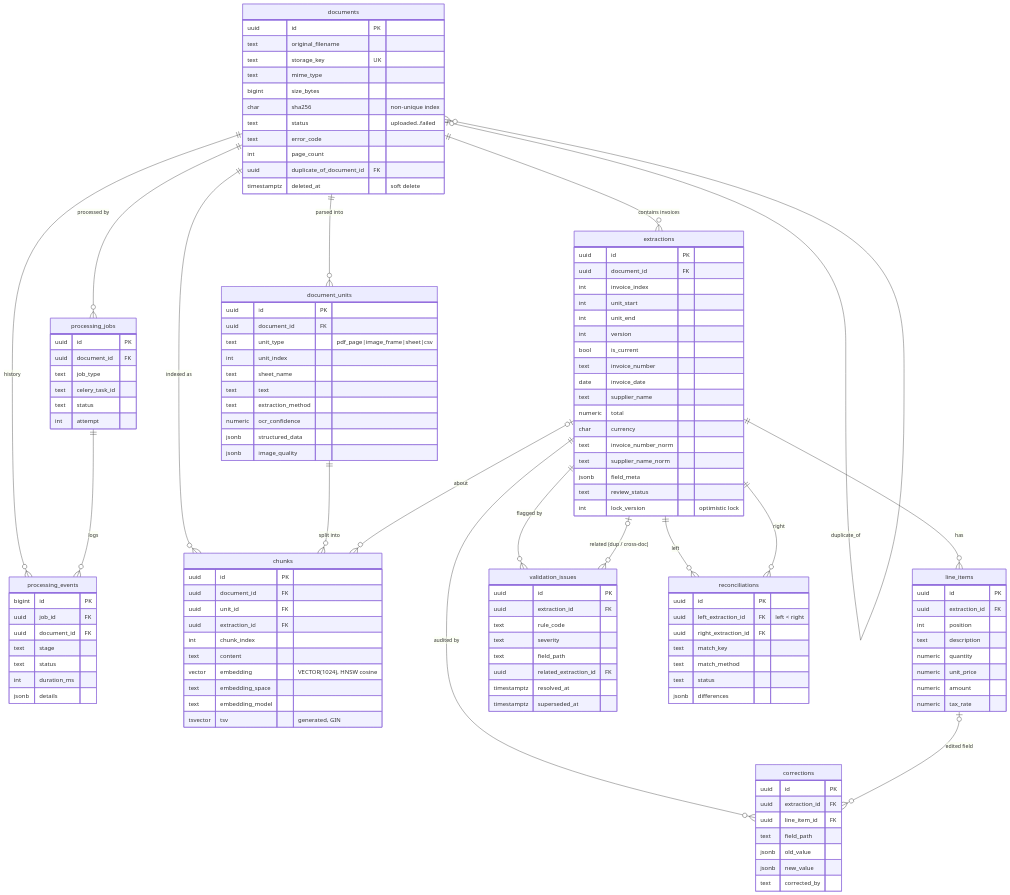
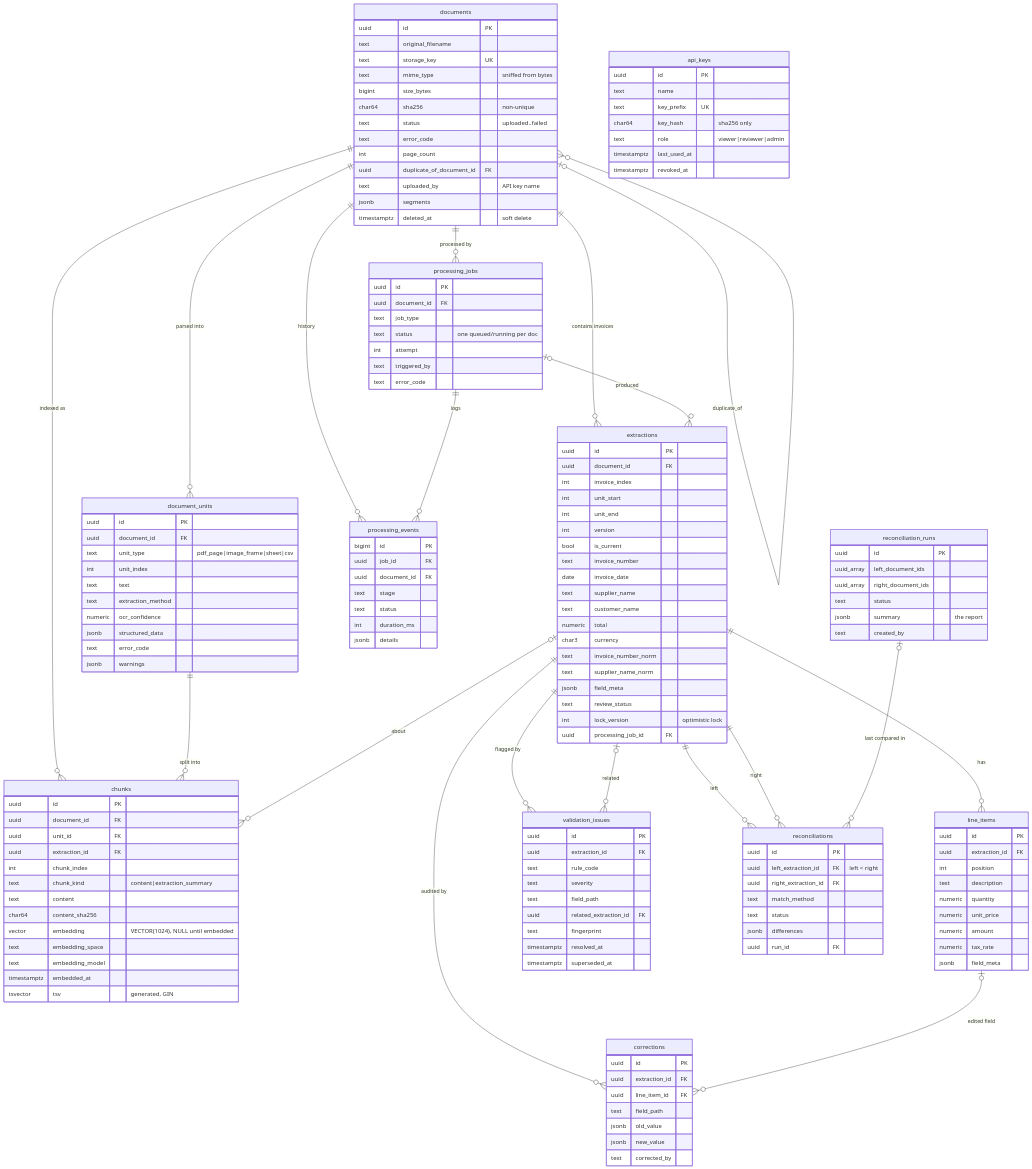
One commit to SharifNirjon/careguidetask changed the first of 3 diagrams in docs/database.md. Above: the diagram before and after it, drawn with Mermaid. The commit also changed other lines of this file and 63 other files, not shown here.

````diff
--- a/docs/database.md
+++ b/docs/database.md
@@ -35,27 +47,31 @@
     documents ||--o{ chunks : "indexed as"
     documents |o--o{ documents : "duplicate_of"
     processing_jobs ||--o{ processing_events : "logs"
+    processing_jobs |o--o{ extractions : "produced"
     document_units ||--o{ chunks : "split into"
     extractions ||--o{ line_items : "has"
     extractions ||--o{ validation_issues : "flagged by"
-    extractions |o--o{ validation_issues : "related (dup / cross-doc)"
+    extractions |o--o{ validation_issues : "related"
     extractions ||--o{ corrections : "audited by"
     line_items |o--o{ corrections : "edited field"
     extractions ||--o{ reconciliations : "left"
     extractions ||--o{ reconciliations : "right"
+    reconciliation_runs |o--o{ reconciliations : "last compared in"
     extractions |o--o{ chunks : "about"
 
     documents {
         uuid id PK
         text original_filename
         text storage_key UK
-        text mime_type
+        text mime_type "sniffed from bytes"
         bigint size_bytes
-        char sha256 "non-unique index"
+        char64 sha256 "non-unique"
         text status "uploaded..failed"
         text error_code
         int page_count
         uuid duplicate_of_document_id FK
+        text uploaded_by "API key name"
+        jsonb segments
         timestamptz deleted_at "soft delete"
     }
     document_units {
@@ -63,12 +79,12 @@
         uuid document_id FK
         text unit_type "pdf_page|image_frame|sheet|csv"
         int unit_index
-        text sheet_name
         text text
         text extraction_method
         numeric ocr_confidence
         jsonb structured_data
-        jsonb image_quality
+        text error_code
+        jsonb warnings
     }
     extractions {
         uuid id PK
@@ -81,13 +97,15 @@
         text invoice_number
         date invoice_date
         text supplier_name
+        text customer_name
         numeric total
-        char currency
+        char3 currency
         text invoice_number_norm
         text supplier_name_norm
         jsonb field_meta
         text review_status
         int lock_version "optimistic lock"
+        uuid processing_job_id FK
     }
     line_items {
         uuid id PK
@@ -98,6 +116,7 @@
         numeric unit_price
         numeric amount
         numeric tax_rate
+        jsonb field_meta
     }
     validation_issues {
         uuid id PK
@@ -106,6 +125,7 @@
         text severity
         text field_path
         uuid related_extraction_id FK
+        text fingerprint
         timestamptz resolved_at
         timestamptz superseded_at
     }
@@ -118,13 +138,31 @@
         jsonb new_value
         text corrected_by
     }
+    reconciliations {
+        uuid id PK
+        uuid left_extraction_id FK "left < right"
+        uuid right_extraction_id FK
+        text match_method
+        text status
+        jsonb differences
+        uuid run_id FK
+    }
+    reconciliation_runs {
+        uuid id PK
+        uuid_array left_document_ids
+        uuid_array right_document_ids
+        text status
+        jsonb summary "the report"
+        text created_by
+    }
     processing_jobs {
         uuid id PK
         uuid document_id FK
         text job_type
-        text celery_task_id
-        text status
+        text status "one queued/running per doc"
         int attempt
+        text triggered_by
+        text error_code
     }
     processing_events {
         bigint id PK
@@ -135,25 +173,28 @@
         int duration_ms
         jsonb details
     }
-    reconciliations {
-        uuid id PK
-        uuid left_extraction_id FK "left < right"
-        uuid right_extraction_id FK
-        text match_key
-        text match_method
-        text status
-        jsonb differences
-    }
     chunks {
         uuid id PK
         uuid document_id FK
         uuid unit_id FK
         uuid extraction_id FK
         int chunk_index
+        text chunk_kind "content|extraction_summary"
         text content
-        vector embedding "VECTOR(1024), HNSW cosine"
+        char64 content_sha256
+        vector embedding "VECTOR(1024), NULL until embedded"
         text embedding_space
         text embedding_model
+        timestamptz embedded_at
         tsvector tsv "generated, GIN"
     }
+    api_keys {
+        uuid id PK
+        text name
+        text key_prefix UK
+        char64 key_hash "sha256 only"
+        text role "viewer|reviewer|admin"
+        timestamptz last_used_at
+        timestamptz revoked_at
+    }
 ```
````
